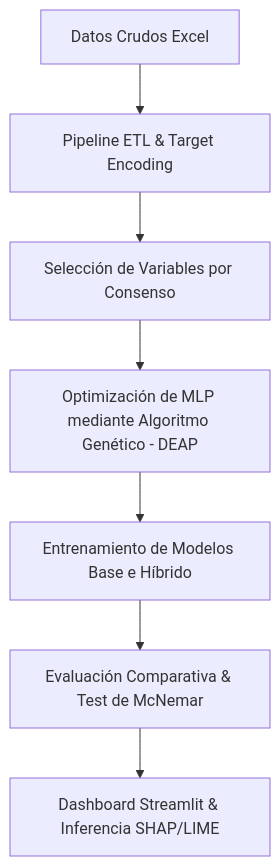
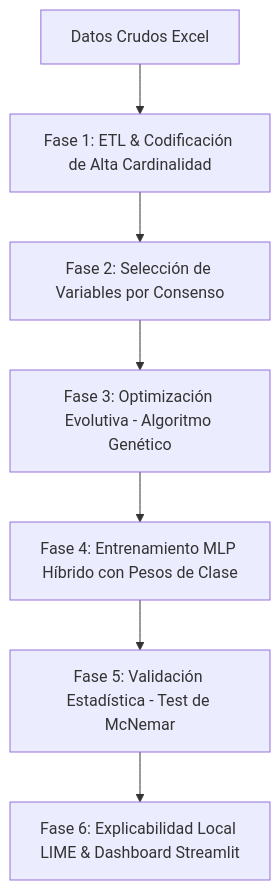
One commit to Ordones18/Proyecto_Metahuristicas changed the diagram in README.md. Above: the diagram before and after it, drawn with Mermaid. The commit also changed other lines of this file and 16 other files, not shown here.

````diff
--- a/README.md
+++ b/README.md
@@ -24,9 +31,9 @@
 ```mermaid
 graph TD
-    A[Datos Crudos Excel] --> B[Pipeline ETL & Target Encoding]
-    B --> C[Selección de Variables por Consenso]
-    C --> D[Optimización de MLP mediante Algoritmo Genético - DEAP]
-    D --> E[Entrenamiento de Modelos Base e Híbrido]
-    E --> F[Evaluación Comparativa & Test de McNemar]
-    F --> G[Dashboard Streamlit & Inferencia SHAP/LIME]
+    A[Datos Crudos Excel] --> B[Fase 1: ETL & Codificación de Alta Cardinalidad]
+    B --> C[Fase 2: Selección de Variables por Consenso]
+    C --> D[Fase 3: Optimización Evolutiva - Algoritmo Genético]
+    D --> E[Fase 4: Entrenamiento MLP Híbrido con Pesos de Clase]
+    E --> F[Fase 5: Validación Estadística - Test de McNemar]
+    F --> G[Fase 6: Explicabilidad Local LIME & Dashboard Streamlit]
 ```
````
